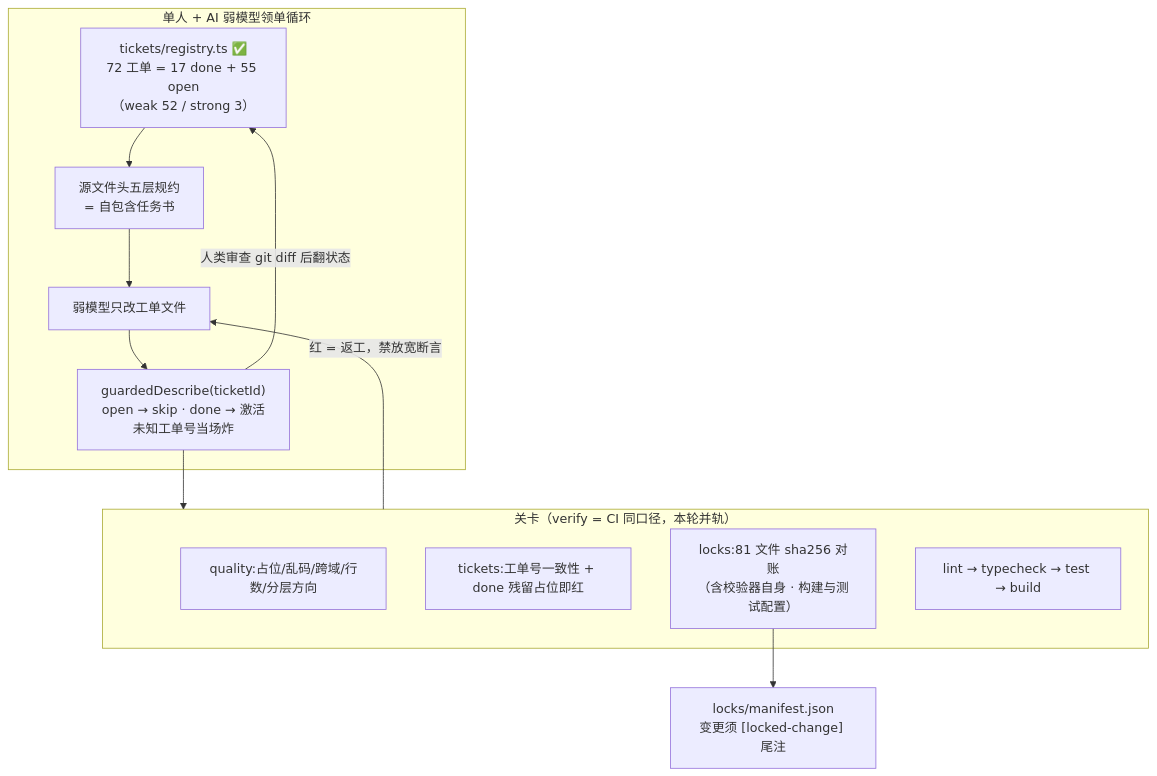
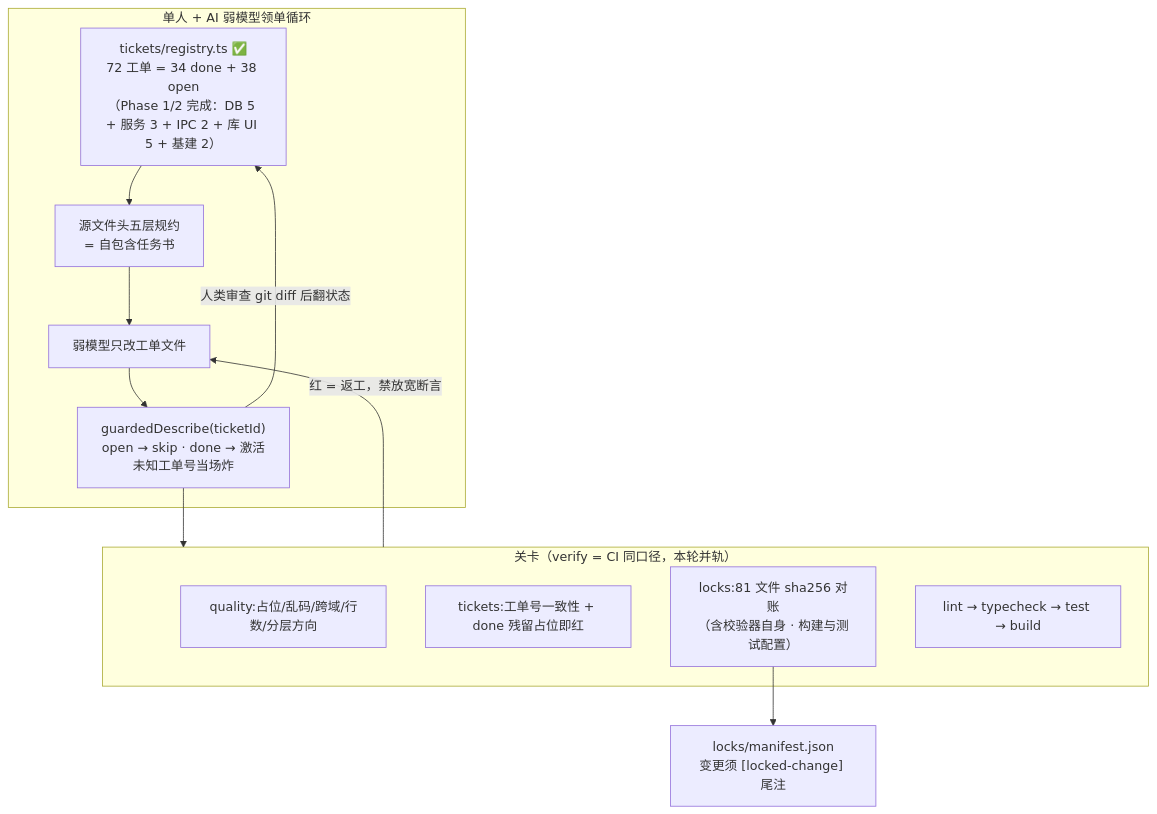
One commit to yyx20040712/Synapse changed the seventh of 8 diagrams in docs/architecture.md. Above: the diagram before and after it, drawn with Mermaid. The commit also changed other lines of this file and 1 other file, not shown here.

Commit message:
docs: Phase 1/2 完成勾选——34 done / 38 open，架构图纸状态刷新（repos 全绿、导入闭环、库 UI 闭环）

````diff
--- a/docs/architecture.md
+++ b/docs/architecture.md
@@ -203,20 +203,20 @@
 ```mermaid
 flowchart TB
   subgraph LOOP["单人 + AI 弱模型领单循环"]
-    RG2["tickets/registry.ts ✅<br/>72 工单 = 17 done + 55 open<br/>（weak 52 / strong 3）"]
+    RG2["tickets/registry.ts ✅<br/>72 工单 = 34 done + 38 open<br/>（Phase 1/2 完成：DB 5 + 服务 3 + IPC 2 + 库 UI 5 + 基建 2）"]
     SPEC["源文件头五层规约<br/>= 自包含任务书"]
     IMPL["弱模型只改工单文件"]
     GD["guardedDescribe(ticketId)<br/>open → skip · done → 激活<br/>未知工单号当场炸"]
     RG2 --> SPEC --> IMPL --> GD
     GD -->|"人类审查 git diff 后翻状态"| RG2
   end
   subgraph GATES["关卡（verify = CI 同口径，本轮并轨）"]
     Q["quality:占位/乱码/跨域/行数/分层方向"]
     T["tickets:工单号一致性 + done 残留占位即红"]
     LK["locks:81 文件 sha256 对账<br/>（含校验器自身 · 构建与测试配置）"]
     V["lint → typecheck → test → build"]
   end
   GD --> GATES
   GATES -->|"红 = 返工，禁放宽断言"| IMPL
   LK --> MANIFEST["locks/manifest.json<br/>变更须 [locked-change] 尾注"]
 ```
````
